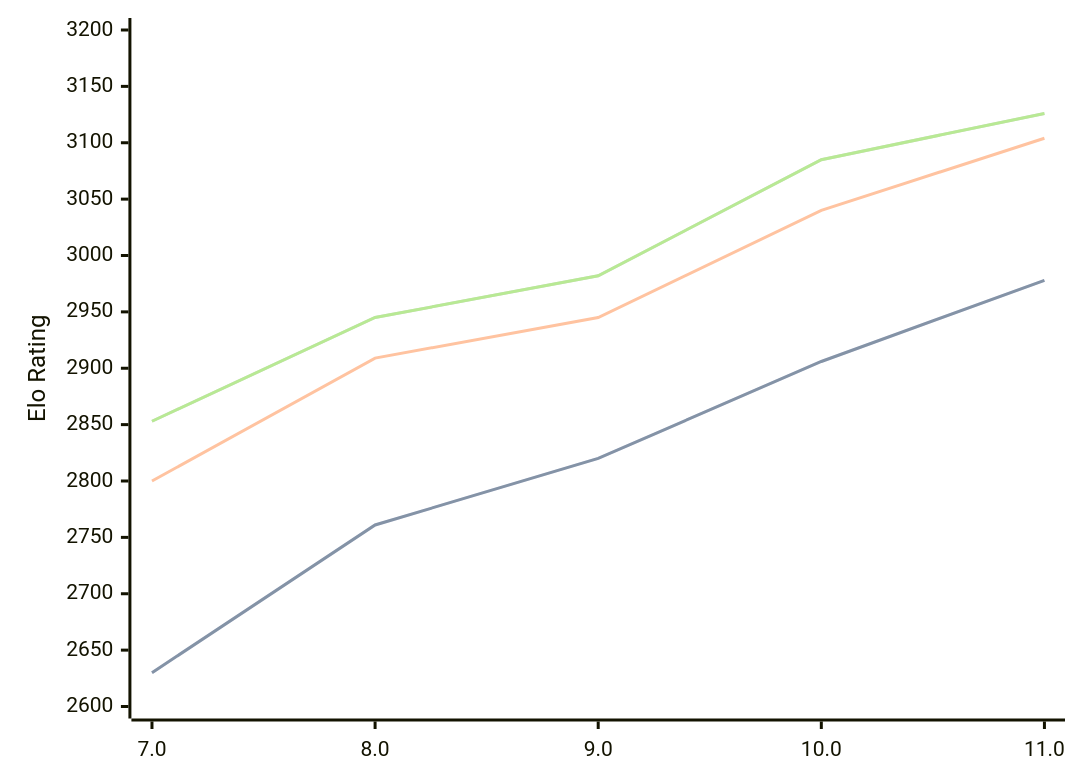
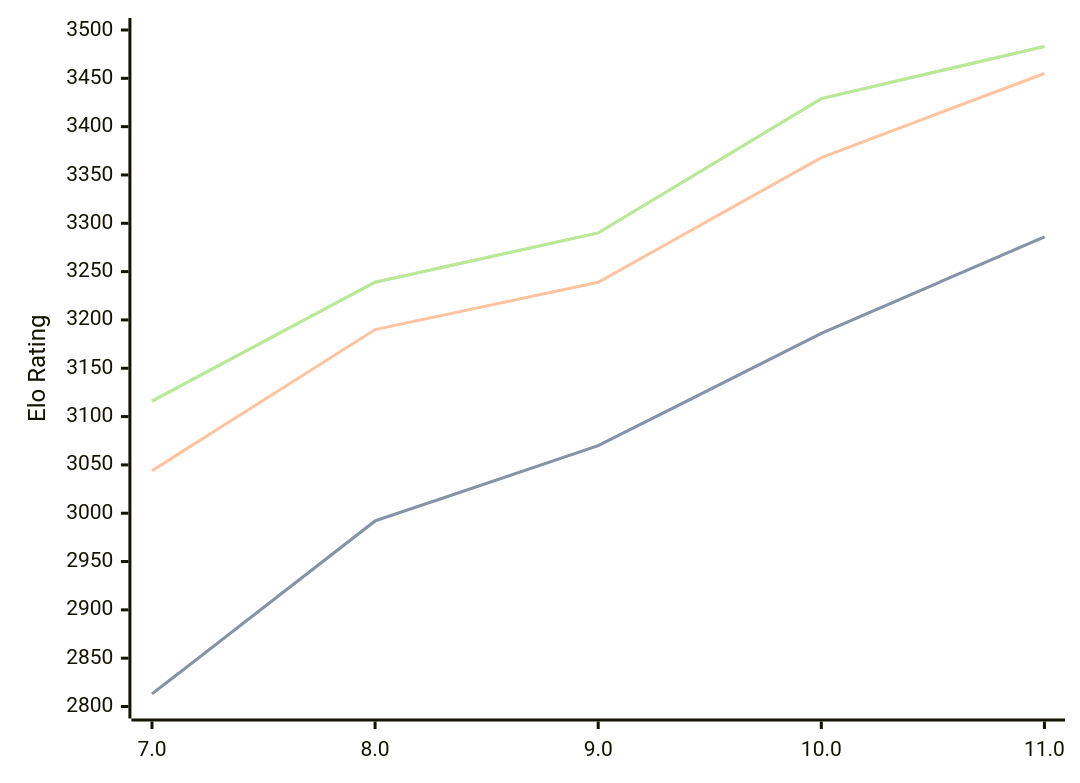
The diagram in engines/Tcheran.md (computer-chess-index/cci), drawn with Mermaid before and after one commit. The commit also changed other lines of this file, not shown here.

Commit message:
Update CCI Ratings (ELO VLTC) - 2026-02-24

````diff
--- a/engines/Tcheran.md
+++ b/engines/Tcheran.md
@@ -46,11 +47,11 @@
 ```mermaid
 %%{init: {"theme":"base","themeVariables":{"seriesColors:['#a3a3a3','#222221','#faa371']}}}%%
 xychart-beta
   x-axis ["7.0", "8.0", "9.0", "10.0", "11.0"]
-  y-axis "Elo Rating" 2600 --> 3200
-  line "STC (8.0+0.08s)" [2630, 2761, 2820, 2906, 2978]
-  line "STC (8.0+0.08s)" [2630, 2761, 2820, 2906, 2978]
-  line "LTC (60.0+0.60s)" [2800, 2909, 2945, 3040, 3104]
-  line "VLTC (2m24s+1.12s)" [2853, 2945, 2982, 3085, 3126]
-  line "VLTC (2m24s+1.12s)" [2853, 2945, 2982, 3085, 3126]
+  y-axis "Elo Rating" 2800 --> 3500
+  line "STC (8.0+0.08s)" [2813, 2992, 3070, 3186, 3286]
+  line "STC (8.0+0.08s)" [2813, 2992, 3070, 3186, 3286]
+  line "LTC (60.0+0.60s)" [3044, 3190, 3239, 3368, 3455]
+  line "VLTC (2m24s+1.12s)" [3116, 3239, 3290, 3429, 3483]
+  line "VLTC (2m24s+1.12s)" [3116, 3239, 3290, 3429, 3483]
 ```
````
